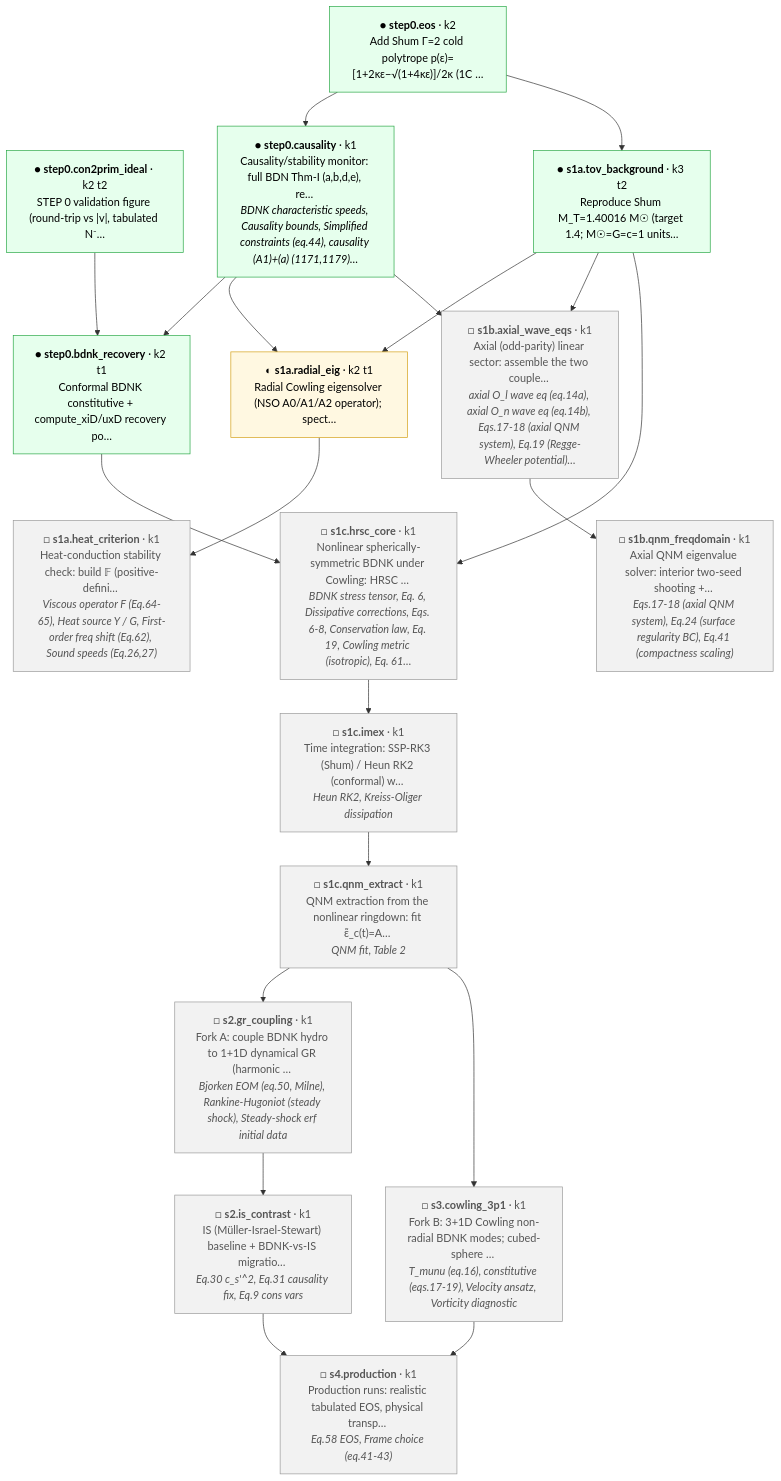
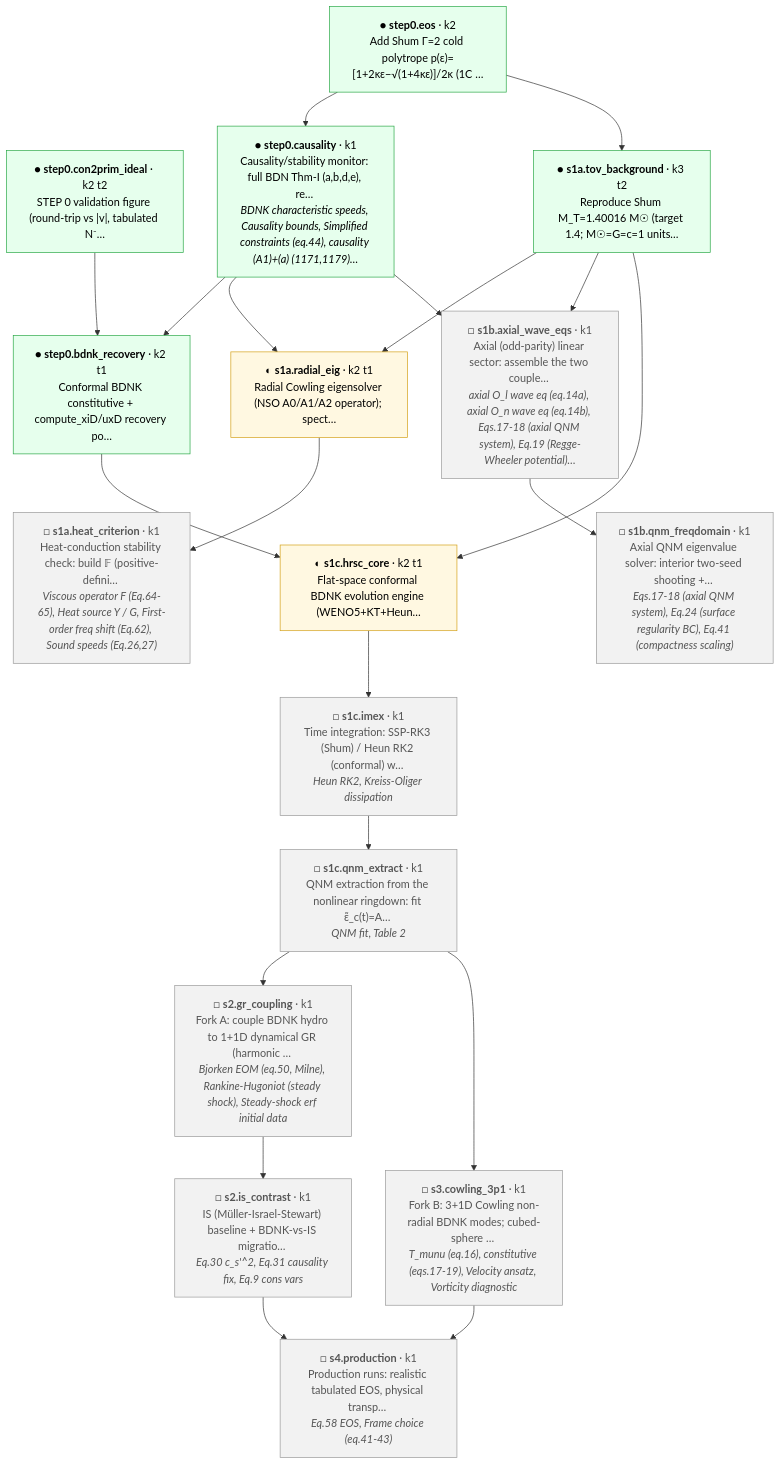
Before and after one commit to FoAKTEE/BDNK: the diagram in progress/dag/project_dag.md, drawn with Mermaid. The commit also changed 10 other files, not shown here.

First line of the commit message:
feat(conformal): flat-space BDNK evolution engine (WENO5+KT+Heun)

````diff
--- a/progress/dag/project_dag.md
+++ b/progress/dag/project_dag.md
@@ -5,44 +5,44 @@
 ```mermaid
 flowchart TD
   n_step0_eos["● <b>step0.eos</b> · k2<br/>Add Shum Γ=2 cold polytrope p(ε)=[1+2κε−√(1+4κε)]/2κ (1C …"]:::solid
   n_step0_con2prim_ideal["● <b>step0.con2prim_ideal</b> · k2 t2<br/>STEP 0 validation figure (round-trip vs |v|, tabulated N⁻…"]:::solid
   n_step0_causality["● <b>step0.causality</b> · k1<br/>Causality/stability monitor: full BDN Thm-I (a,b,d,e), re… <br/><i>BDNK characteristic speeds, Causality bounds, Simplified constraints (eq.44), causality (A1)+(a) (1171,1179)…</i>"]:::solid
   n_step0_bdnk_recovery["● <b>step0.bdnk_recovery</b> · k2 t1<br/>Conformal BDNK constitutive + compute_xiD/uxD recovery po…"]:::solid
   n_s1a_tov_background["● <b>s1a.tov_background</b> · k3 t2<br/>Reproduce Shum M_T=1.40016 M☉ (target 1.4; M☉=G=c=1 units…"]:::solid
   n_s1a_radial_eig["◐ <b>s1a.radial_eig</b> · k2 t1<br/>Radial Cowling eigensolver (NSO A0/A1/A2 operator); spect…"]:::preliminary
   n_s1a_heat_criterion["□ <b>s1a.heat_criterion</b> · k1<br/>Heat-conduction stability check: build 𝔽 (positive-defini… <br/><i>Viscous operator F (Eq.64-65), Heat source Y / G, First-order freq shift (Eq.62), Sound speeds (Eq.26,27)</i>"]:::future
   n_s1b_axial_wave_eqs["□ <b>s1b.axial_wave_eqs</b> · k1<br/>Axial (odd-parity) linear sector: assemble the two couple… <br/><i>axial O_l wave eq (eq.14a), axial O_n wave eq (eq.14b), Eqs.17-18 (axial QNM system), Eq.19 (Regge-Wheeler potential)…</i>"]:::future
   n_s1b_qnm_freqdomain["□ <b>s1b.qnm_freqdomain</b> · k1<br/>Axial QNM eigenvalue solver: interior two-seed shooting +… <br/><i>Eqs.17-18 (axial QNM system), Eq.24 (surface regularity BC), Eq.41 (compactness scaling)</i>"]:::future
-  n_s1c_hrsc_core["□ <b>s1c.hrsc_core</b> · k1<br/>Nonlinear spherically-symmetric BDNK under Cowling: HRSC … <br/><i>BDNK stress tensor, Eq. 6, Dissipative corrections, Eqs. 6-8, Conservation law, Eq. 19, Cowling metric (isotropic), Eq. 61…</i>"]:::future
+  n_s1c_hrsc_core["◐ <b>s1c.hrsc_core</b> · k2 t1<br/>Flat-space conformal BDNK evolution engine (WENO5+KT+Heun…"]:::preliminary
   n_s1c_imex["□ <b>s1c.imex</b> · k1<br/>Time integration: SSP-RK3 (Shum) / Heun RK2 (conformal) w… <br/><i>Heun RK2, Kreiss-Oliger dissipation</i>"]:::future
   n_s1c_qnm_extract["□ <b>s1c.qnm_extract</b> · k1<br/>QNM extraction from the nonlinear ringdown: fit ε̃_c(t)=A… <br/><i>QNM fit, Table 2</i>"]:::future
   n_s2_gr_coupling["□ <b>s2.gr_coupling</b> · k1<br/>Fork A: couple BDNK hydro to 1+1D dynamical GR (harmonic … <br/><i>Bjorken EOM (eq.50, Milne), Rankine-Hugoniot (steady shock), Steady-shock erf initial data</i>"]:::future
   n_s2_is_contrast["□ <b>s2.is_contrast</b> · k1<br/>IS (Müller-Israel-Stewart) baseline + BDNK-vs-IS migratio… <br/><i>Eq.30 c_s'^2, Eq.31 causality fix, Eq.9 cons vars</i>"]:::future
   n_s3_cowling_3p1["□ <b>s3.cowling_3p1</b> · k1<br/>Fork B: 3+1D Cowling non-radial BDNK modes; cubed-sphere … <br/><i>T_munu (eq.16), constitutive (eqs.17-19), Velocity ansatz, Vorticity diagnostic</i>"]:::future
   n_s4_production["□ <b>s4.production</b> · k1<br/>Production runs: realistic tabulated EOS, physical transp… <br/><i>Eq.58 EOS, Frame choice (eq.41-43)</i>"]:::future
   n_step0_eos --> n_step0_causality
   n_step0_con2prim_ideal --> n_step0_bdnk_recovery
   n_step0_causality --> n_step0_bdnk_recovery
   n_step0_eos --> n_s1a_tov_background
   n_s1a_tov_background --> n_s1a_radial_eig
   n_step0_causality --> n_s1a_radial_eig
   n_s1a_radial_eig --> n_s1a_heat_criterion
   n_s1a_tov_background --> n_s1b_axial_wave_eqs
   n_step0_causality --> n_s1b_axial_wave_eqs
   n_s1b_axial_wave_eqs --> n_s1b_qnm_freqdomain
   n_step0_bdnk_recovery --> n_s1c_hrsc_core
   n_s1a_tov_background --> n_s1c_hrsc_core
   n_s1c_hrsc_core --> n_s1c_imex
   n_s1c_imex --> n_s1c_qnm_extract
   n_s1c_qnm_extract --> n_s2_gr_coupling
   n_s2_gr_coupling --> n_s2_is_contrast
   n_s1c_qnm_extract --> n_s3_cowling_3p1
   n_s2_is_contrast --> n_s4_production
   n_s3_cowling_3p1 --> n_s4_production
   classDef solid fill:#e6ffed,stroke:#28a745,color:#000;
   classDef preliminary fill:#fff8e1,stroke:#d4a017,color:#000;
   classDef hypothesis fill:#e7f0ff,stroke:#4977c7,color:#000;
   classDef blocking fill:#ffe3e3,stroke:#d33,color:#000;
   classDef future fill:#f2f2f2,stroke:#999,color:#555;
   classDef amended fill:#f0f0f0,stroke:#aaa,color:#888;
 ```
````
